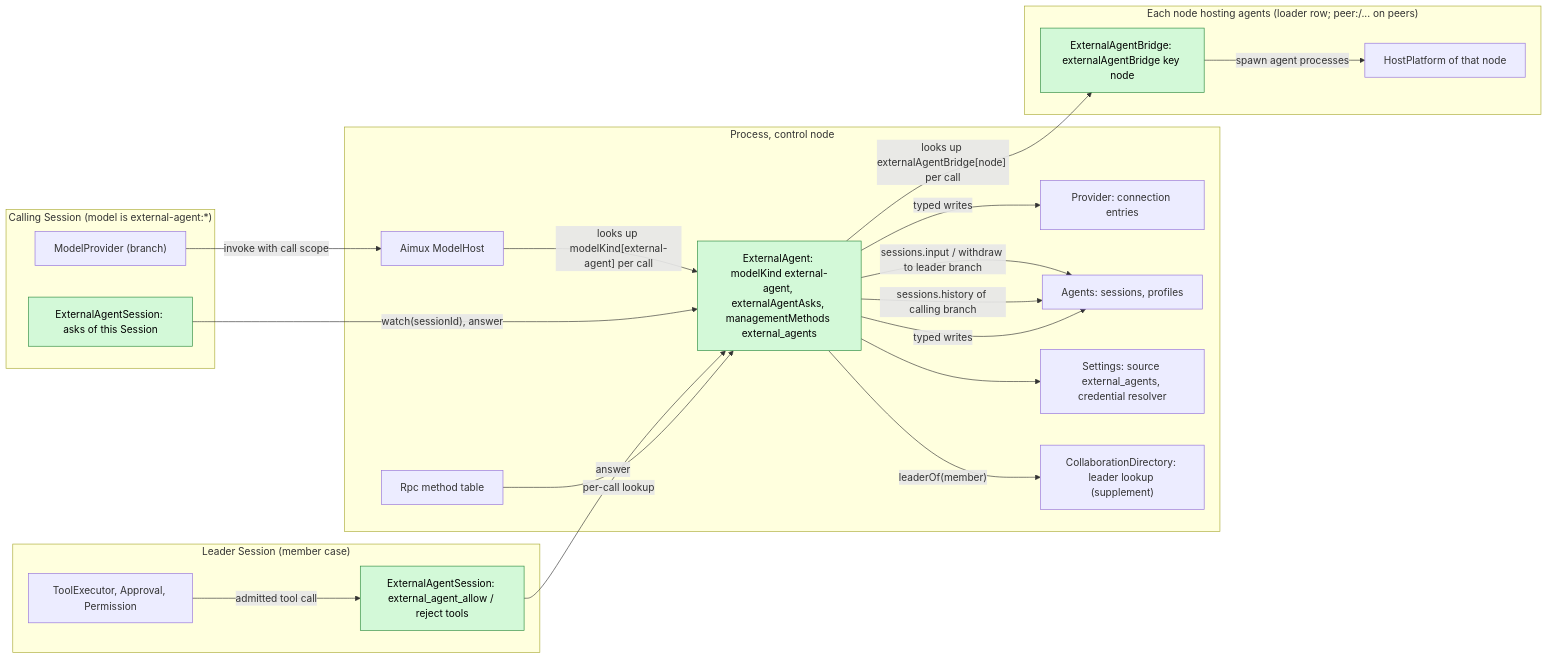
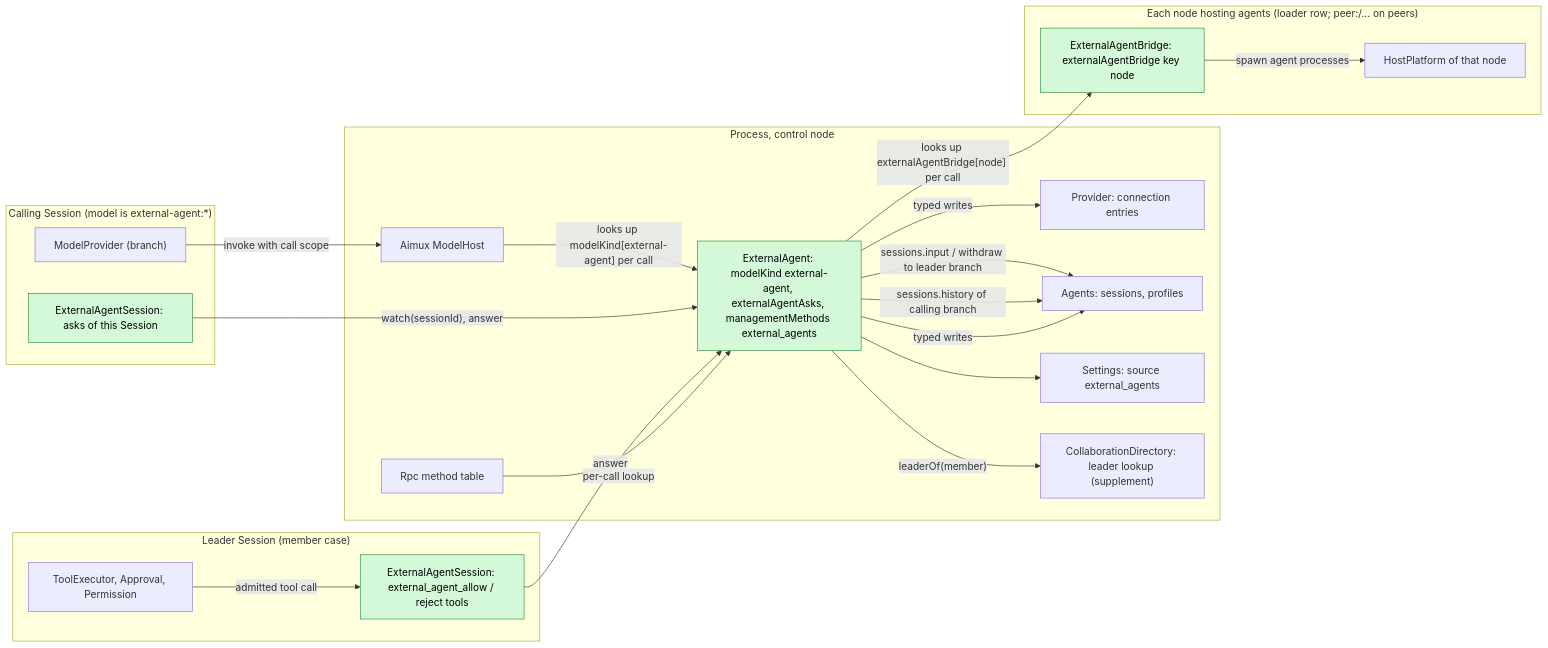
One commit to CoutinhoTTS/dim-agent changed the first of 5 diagrams in docs/design/plugins/ExternalAgent.md. Above: the diagram before and after it, drawn with Mermaid. The commit also changed other lines of this file and 1 other file, not shown here.

Commit message:
docs(external-agent): own env credentials instead of a Settings resolver

````diff
--- a/docs/design/plugins/ExternalAgent.md
+++ b/docs/design/plugins/ExternalAgent.md
@@ -21,39 +21,39 @@
 ```mermaid
 flowchart LR
   classDef new fill:#d3f9d8,stroke:#2b8a3e,color:#000
   subgraph proc["Process, control node"]
     EA["ExternalAgent: modelKind external-agent, externalAgentAsks, managementMethods external_agents"]:::new
     Aimux["Aimux ModelHost"]
     Provider["Provider: connection entries"]
     Agents["Agents: sessions, profiles"]
-    Settings["Settings: source external_agents, credential resolver"]
+    Settings["Settings: source external_agents"]
     CD["CollaborationDirectory: leader lookup (supplement)"]
     Rpc["Rpc method table"]
   end
   subgraph node["Each node hosting agents (loader row; peer:<node>/... on peers)"]
     BR["ExternalAgentBridge: externalAgentBridge key node"]:::new
     HP["HostPlatform of that node"]
   end
   subgraph calling["Calling Session (model is external-agent:*)"]
     MP["ModelProvider (branch)"]
     ES1["ExternalAgentSession: asks of this Session"]:::new
   end
   subgraph leader["Leader Session (member case)"]
     ES2["ExternalAgentSession: external_agent_allow / reject tools"]:::new
     TE["ToolExecutor, Approval, Permission"]
   end
   MP -->|"invoke with call scope"| Aimux
   Aimux -->|"looks up modelKind[external-agent] per call"| EA
   EA -->|"looks up externalAgentBridge[node] per call"| BR
   BR -->|"spawn agent processes"| HP
   EA -->|"leaderOf(member)"| CD
   EA -->|"sessions.input / withdraw to leader branch"| Agents
   EA -->|"sessions.history of calling branch"| Agents
   ES1 -->|"watch(sessionId), answer"| EA
   TE -->|"admitted tool call"| ES2
   ES2 -->|"answer"| EA
   Rpc -->|"per-call lookup"| EA
   EA --> Settings
   EA -->|"typed writes"| Provider
   EA -->|"typed writes"| Agents
 ```
````
